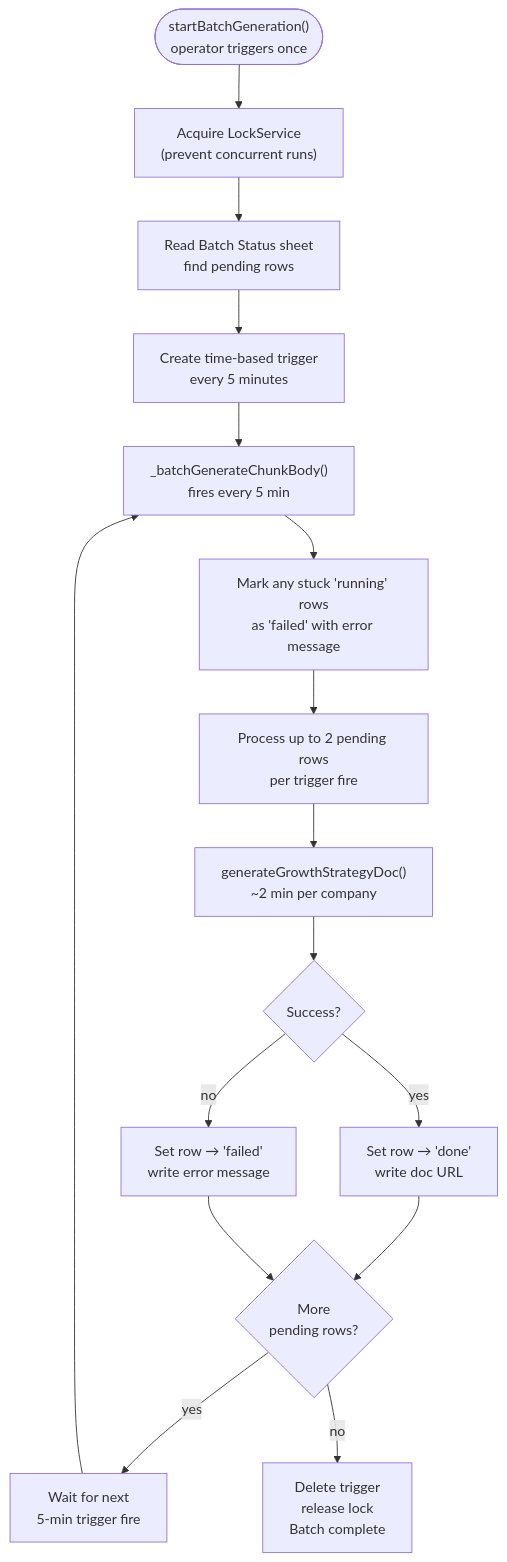
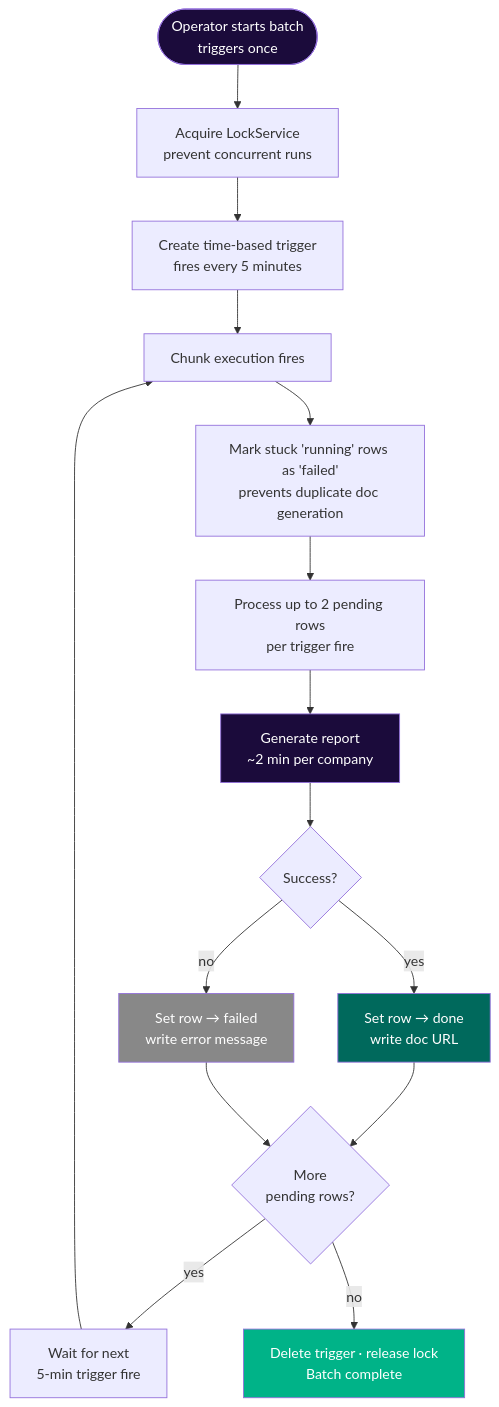
The sixth of 6 diagrams in README.md (prsolans/growth-strategy-2026), drawn with Mermaid before and after one commit. The commit also changed other lines of this file, not shown here.

Commit message:
Add README with system architecture and pipeline Mermaid diagrams

````diff
--- a/README.md
+++ b/README.md
@@ -197,22 +206,26 @@
 ```mermaid
 flowchart TD
-    START(["startBatchGeneration()<br/>operator triggers once"])
-    START --> LOCK["Acquire LockService<br/>(prevent concurrent runs)"]
-    LOCK --> INIT["Read Batch Status sheet<br/>find pending rows"]
-    INIT --> TRIGGER["Create time-based trigger<br/>every 5 minutes"]
+    START(["Operator starts batch<br/>triggers once"]) --> LOCK["Acquire LockService<br/>prevent concurrent runs"]
+    LOCK --> TRIGGER["Create time-based trigger<br/>fires every 5 minutes"]
 
-    TRIGGER --> CHUNK["_batchGenerateChunkBody()<br/>fires every 5 min"]
-    CHUNK --> STUCK["Mark any stuck 'running' rows<br/>as 'failed' with error message"]
+    TRIGGER --> CHUNK["Chunk execution fires"]
+    CHUNK --> STUCK["Mark stuck 'running' rows as 'failed'<br/>prevents duplicate doc generation"]
     STUCK --> LOOP["Process up to 2 pending rows<br/>per trigger fire"]
 
-    LOOP --> GEN["generateGrowthStrategyDoc()<br/>~2 min per company"]
-    GEN --> STATUS{Success?}
-    STATUS -- yes --> MARK_DONE["Set row → 'done'<br/>write doc URL"]
-    STATUS -- no --> MARK_FAIL["Set row → 'failed'<br/>write error message"]
+    LOOP --> GEN["Generate report<br/>~2 min per company"]
+    GEN --> STATUS{"Success?"}
+    STATUS -- yes --> MARK_DONE["Set row → done<br/>write doc URL"]
+    STATUS -- no --> MARK_FAIL["Set row → failed<br/>write error message"]
 
-    MARK_DONE & MARK_FAIL --> MORE{More<br/>pending rows?}
+    MARK_DONE & MARK_FAIL --> MORE{"More<br/>pending rows?"}
     MORE -- yes --> WAIT["Wait for next<br/>5-min trigger fire"]
-    MORE -- no --> CLEANUP["Delete trigger<br/>release lock<br/>Batch complete"]
+    MORE -- no --> CLEANUP["Delete trigger · release lock<br/>Batch complete"]
 
     WAIT --> CHUNK
+
+    style START fill:#1B0B3B,color:#ffffff
+    style GEN fill:#1B0B3B,color:#ffffff
+    style MARK_DONE fill:#00695C,color:#ffffff
+    style MARK_FAIL fill:#888888,color:#ffffff
+    style CLEANUP fill:#00B388,color:#ffffff
 ```
````
